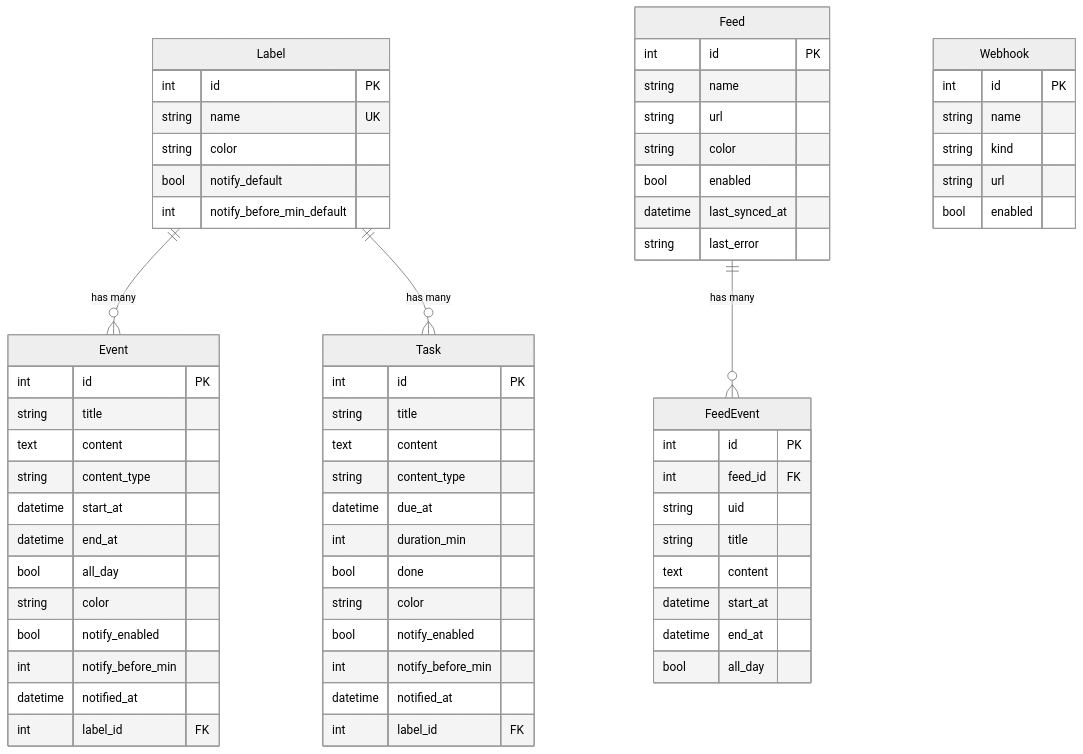
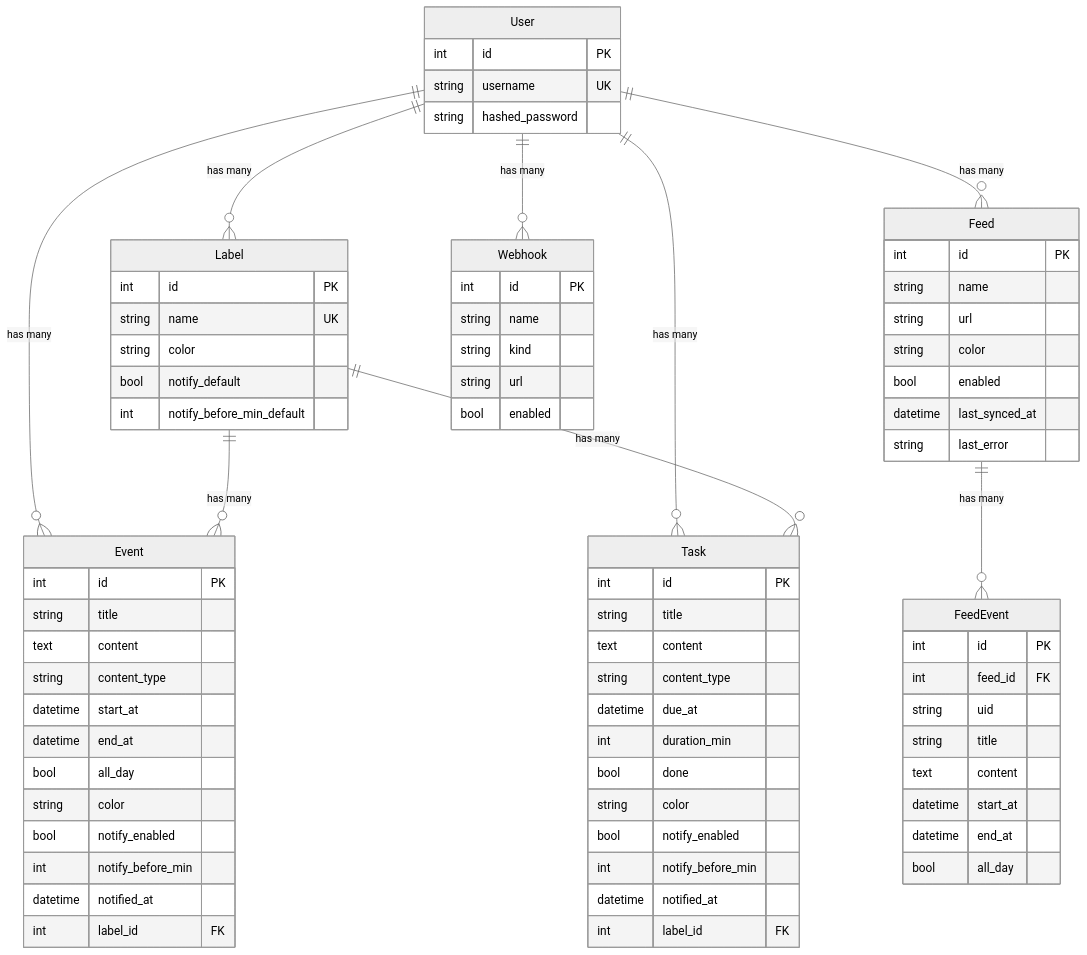
The diagram in README.md (CHITALab/harosystem), drawn with Mermaid (neutral theme) before and after one commit. The commit also changed other lines of this file and 24 other files, not shown here.

````diff
--- a/README.md
+++ b/README.md
@@ -142,68 +145,78 @@
 ```mermaid
 erDiagram
+    User ||--o{ Label : "has many"
+    User ||--o{ Event : "has many"
+    User ||--o{ Task : "has many"
+    User ||--o{ Feed : "has many"
+    User ||--o{ Webhook : "has many"
     Label ||--o{ Event : "has many"
     Label ||--o{ Task : "has many"
     Feed ||--o{ FeedEvent : "has many"
 
+    User {
+        int id PK
+        string username UK
+        string hashed_password
+    }
     Label {
         int id PK
         string name UK
         string color
         bool notify_default
         int notify_before_min_default
     }
     Event {
         int id PK
         string title
         text content
         string content_type
         datetime start_at
         datetime end_at
         bool all_day
         string color
         bool notify_enabled
         int notify_before_min
         datetime notified_at
         int label_id FK
     }
     Task {
         int id PK
         string title
         text content
         string content_type
         datetime due_at
         int duration_min
         bool done
         string color
         bool notify_enabled
         int notify_before_min
         datetime notified_at
         int label_id FK
     }
     Feed {
         int id PK
         string name
         string url
         string color
         bool enabled
         datetime last_synced_at
         string last_error
     }
     FeedEvent {
         int id PK
         int feed_id FK
         string uid
         string title
         text content
         datetime start_at
         datetime end_at
         bool all_day
     }
     Webhook {
         int id PK
         string name
         string kind
         string url
         bool enabled
     }
 ```
````
